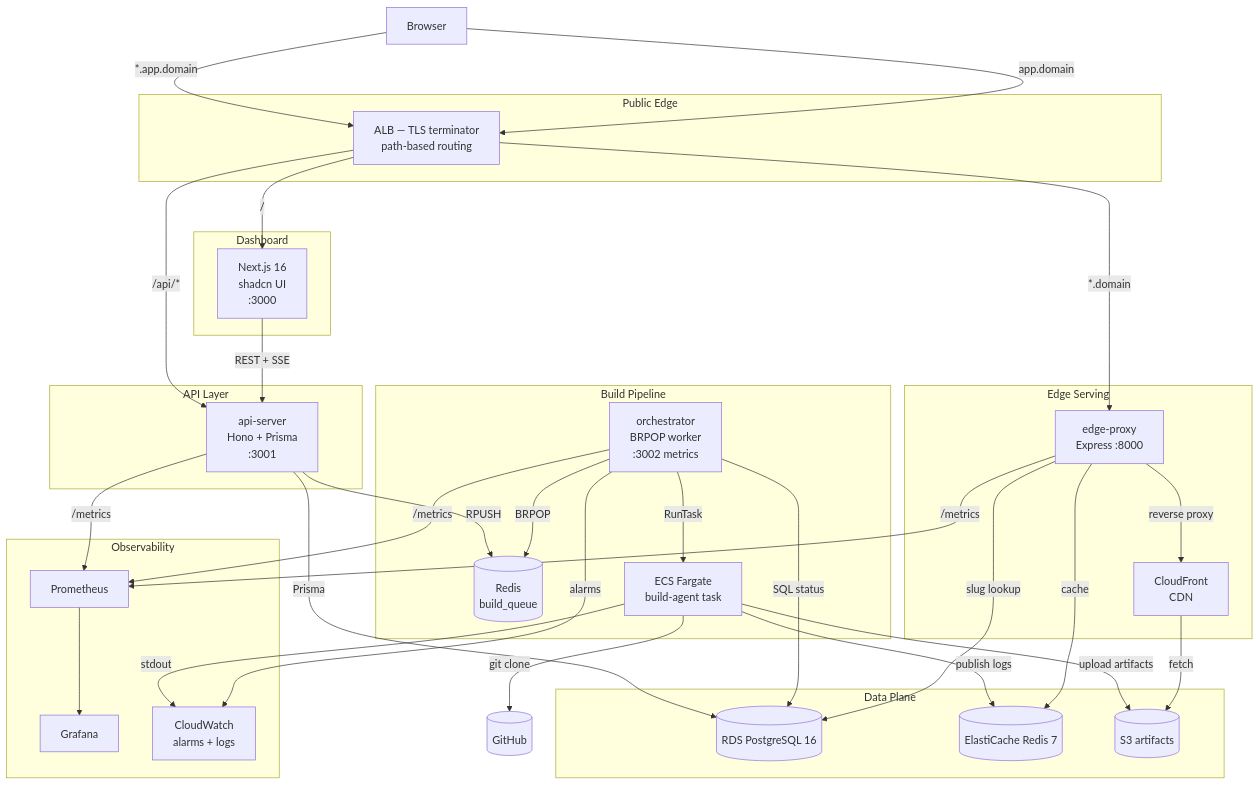
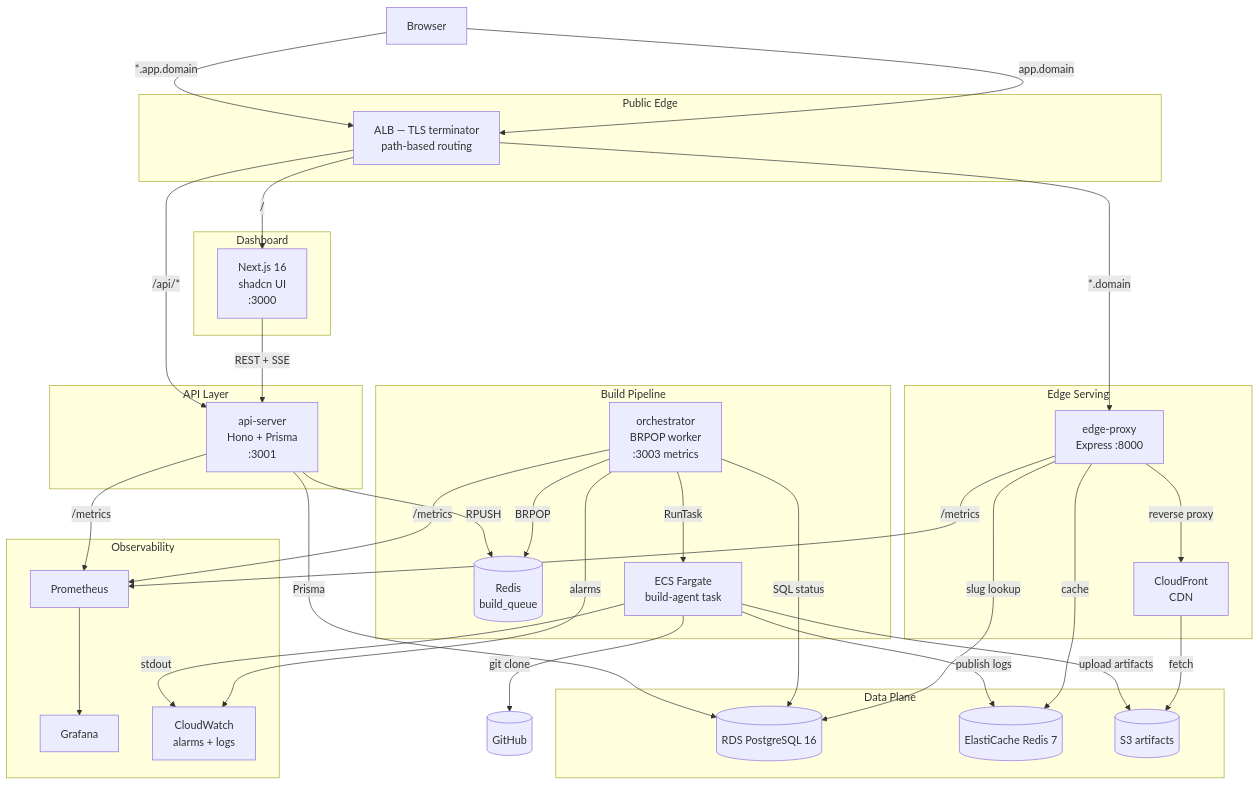
The first of 2 diagrams in docs/architecture.md (rishisulakhe/deployit), drawn with Mermaid before and after one commit. The commit also changed other lines of this file and 10 other files, not shown here.

````diff
--- a/docs/architecture.md
+++ b/docs/architecture.md
@@ -12,68 +39,68 @@
 ```mermaid
 graph TB
     subgraph "Public Edge"
         ALB[ALB — TLS terminator<br/>path-based routing]
     end
 
     subgraph "Dashboard"
         DASH[Next.js 16<br/>shadcn UI<br/>:3000]
     end
 
     subgraph "API Layer"
         API[api-server<br/>Hono + Prisma<br/>:3001]
     end
 
     subgraph "Build Pipeline"
         QUEUE[(Redis<br/>build_queue)]
-        ORCH[orchestrator<br/>BRPOP worker<br/>:3002 metrics]
+        ORCH[orchestrator<br/>BRPOP worker<br/>:3003 metrics]
         ECS[ECS Fargate<br/>build-agent task]
     end
 
     subgraph "Edge Serving"
         PROXY[edge-proxy<br/>Express :8000]
         CF[CloudFront<br/>CDN]
     end
 
     subgraph "Data Plane"
         RDS[(RDS PostgreSQL 16)]
         REDIS[(ElastiCache Redis 7)]
         S3[(S3 artifacts)]
     end
 
     subgraph "Observability"
         PROM[Prometheus]
         GRAF[Grafana]
         CW[CloudWatch<br/>alarms + logs]
     end
 
     Browser -->|*.app.domain| ALB
     Browser -->|app.domain| ALB
     ALB -->|/| DASH
     ALB -->|/api/*| API
     ALB -->|*.domain| PROXY
 
     DASH -->|REST + SSE| API
     API -->|Prisma| RDS
     API -->|RPUSH| QUEUE
 
     ORCH -->|BRPOP| QUEUE
     ORCH -->|RunTask| ECS
     ORCH -->|SQL status| RDS
 
     ECS -->|git clone| GitHub[(GitHub)]
     ECS -->|upload artifacts| S3
     ECS -->|publish logs| REDIS
 
     PROXY -->|slug lookup| RDS
     PROXY -->|cache| REDIS
     PROXY -->|reverse proxy| CF
     CF -->|fetch| S3
 
     API -->|/metrics| PROM
     ORCH -->|/metrics| PROM
     PROXY -->|/metrics| PROM
     PROM --> GRAF
 
     ECS -->|stdout| CW
     ORCH -->|alarms| CW
 ```
````
